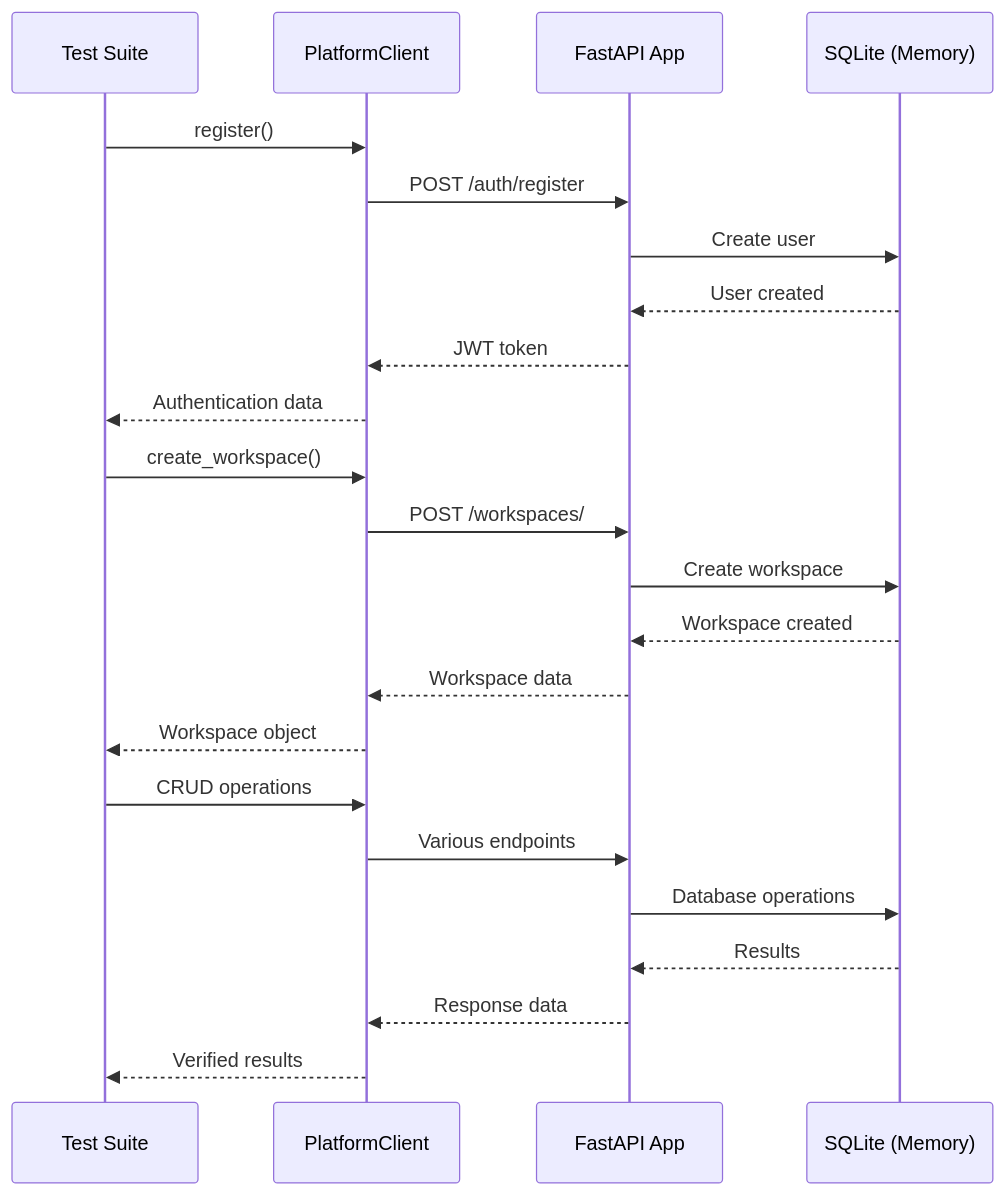
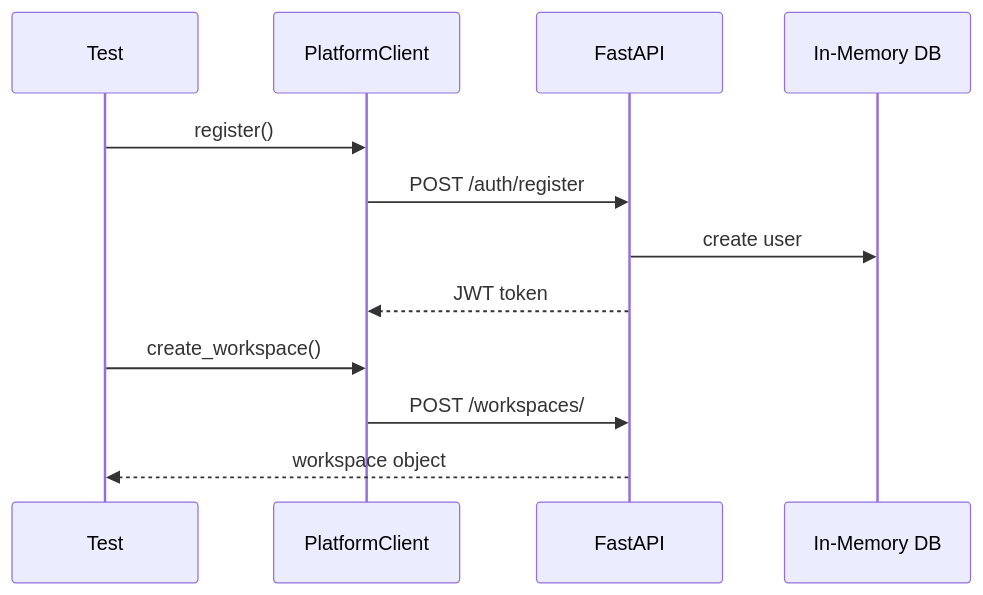
Before and after one commit to MervinPraison/PraisonAIDocs: the second of 2 diagrams in docs/features/platform-client-sdk-testing.mdx, drawn with Mermaid. The commit also changed other lines of this file and 4 other files, not shown here.

````diff
--- a/docs/features/platform-client-sdk-testing.mdx
+++ b/docs/features/platform-client-sdk-testing.mdx
@@ -87,28 +88,15 @@
 ```mermaid
 sequenceDiagram
-    participant Test as Test Suite
+    participant Test
     participant SDK as PlatformClient
-    participant API as FastAPI App
-    participant DB as SQLite (Memory)
-    
+    participant API as FastAPI
+    participant DB as In-Memory DB
+
     Test->>SDK: register()
     SDK->>API: POST /auth/register
-    API->>DB: Create user
-    DB-->>API: User created
+    API->>DB: create user
     API-->>SDK: JWT token
-    SDK-->>Test: Authentication data
-    
     Test->>SDK: create_workspace()
     SDK->>API: POST /workspaces/
-    API->>DB: Create workspace
-    DB-->>API: Workspace created
-    API-->>SDK: Workspace data
-    SDK-->>Test: Workspace object
-    
-    Test->>SDK: CRUD operations
-    SDK->>API: Various endpoints
-    API->>DB: Database operations
-    DB-->>API: Results
-    API-->>SDK: Response data
-    SDK-->>Test: Verified results
+    API-->>Test: workspace object
 ```
````
